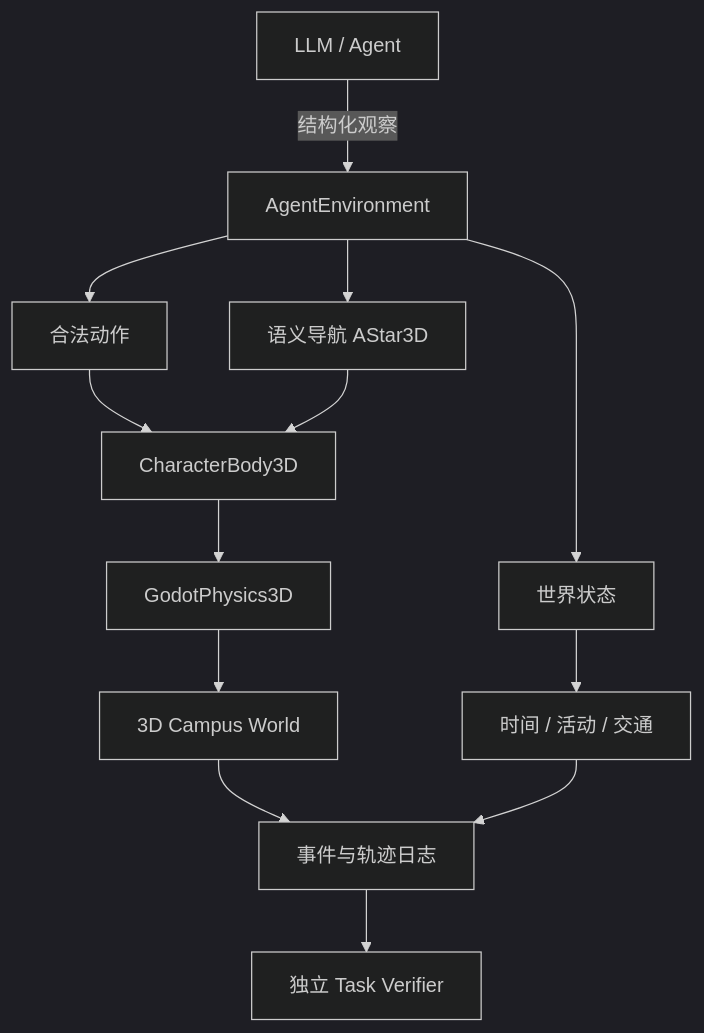
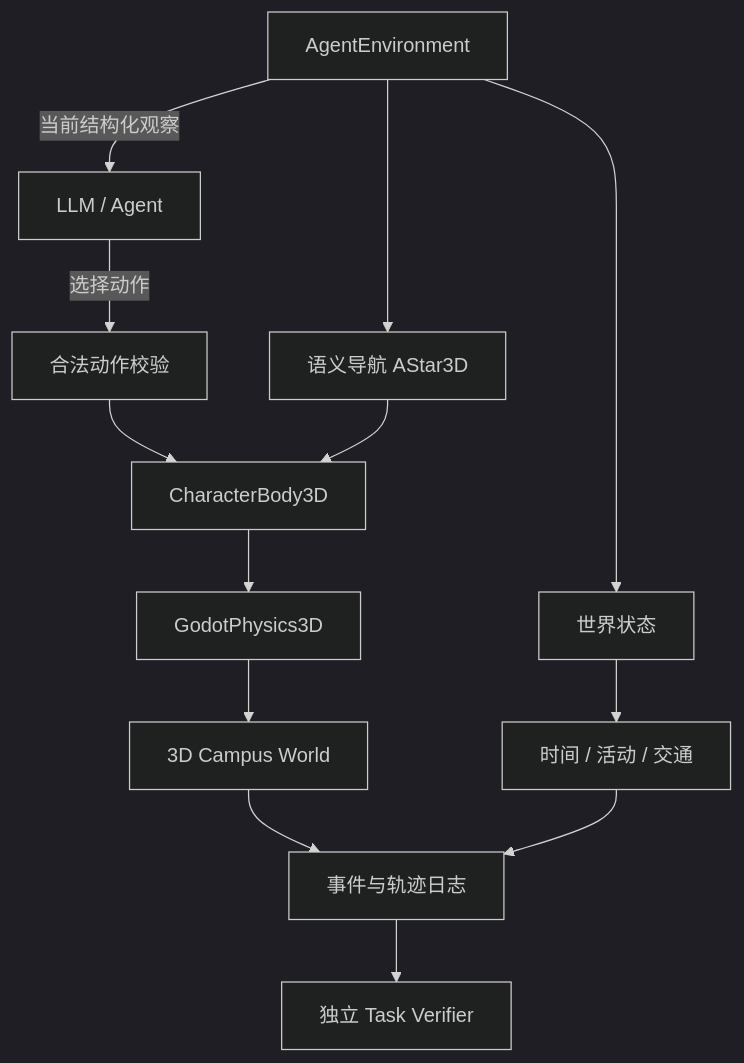
Before and after one commit to jasperjlou/CUHKSZ-MicroWorld: the diagram in README.md, drawn with Mermaid (dark theme). The commit also changed other lines of this file and 53 other files, not shown here.

````diff
--- a/README.md
+++ b/README.md
@@ -71,15 +71,15 @@
 ```mermaid
 flowchart TD
-    A[LLM / Agent] -->|结构化观察| B[AgentEnvironment]
-    B --> C[合法动作]
+    B[AgentEnvironment] -->|当前结构化观察| A[LLM / Agent]
+    A -->|选择动作| C[合法动作校验]
     B --> D[语义导航 AStar3D]
     B --> E[世界状态]
     C --> F[CharacterBody3D]
     D --> F
     E --> G[时间 / 活动 / 交通]
     F --> H[GodotPhysics3D]
     H --> I[3D Campus World]
     I --> J[事件与轨迹日志]
     G --> J
     J --> K[独立 Task Verifier]
 ```
````
